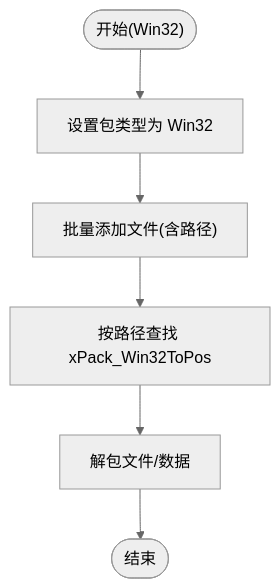
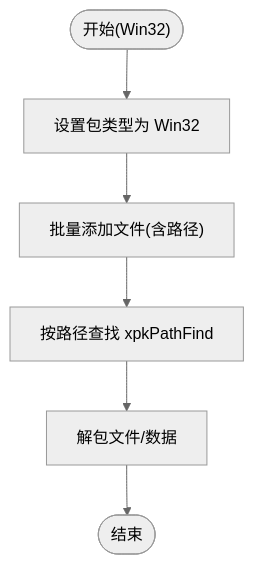
Before and after one commit to xywhsoft/xpack: the sixth of 7 diagrams in .qoder/repowiki/zh/content/文件包模式详解/文件包模式详解.md, drawn with Mermaid (neutral theme). The commit also changed other lines of this file and 23 other files, not shown here.

````diff
--- a/.qoder/repowiki/zh/content/文件包模式详解/文件包模式详解.md
+++ b/.qoder/repowiki/zh/content/文件包模式详解/文件包模式详解.md
@@ -233,8 +251,8 @@
 ```mermaid
 flowchart TD
 Start(["开始(Win32)"]) --> SetType["设置包类型为 Win32"]
 SetType --> AddFiles["批量添加文件(含路径)"]
-AddFiles --> Find["按路径查找 xPack_Win32ToPos"]
+AddFiles --> Find["按路径查找 xpkPathFind"]
 Find --> Unpack["解包文件/数据"]
 Unpack --> End(["结束"])
 ```
````
